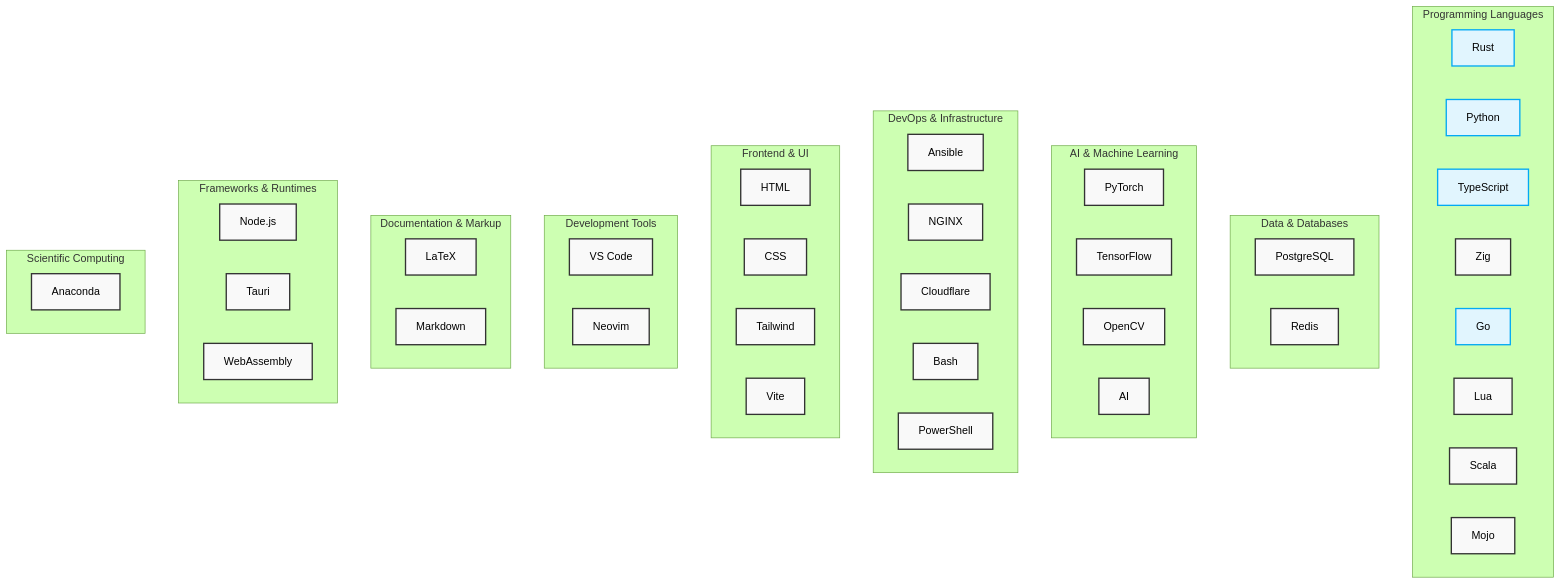
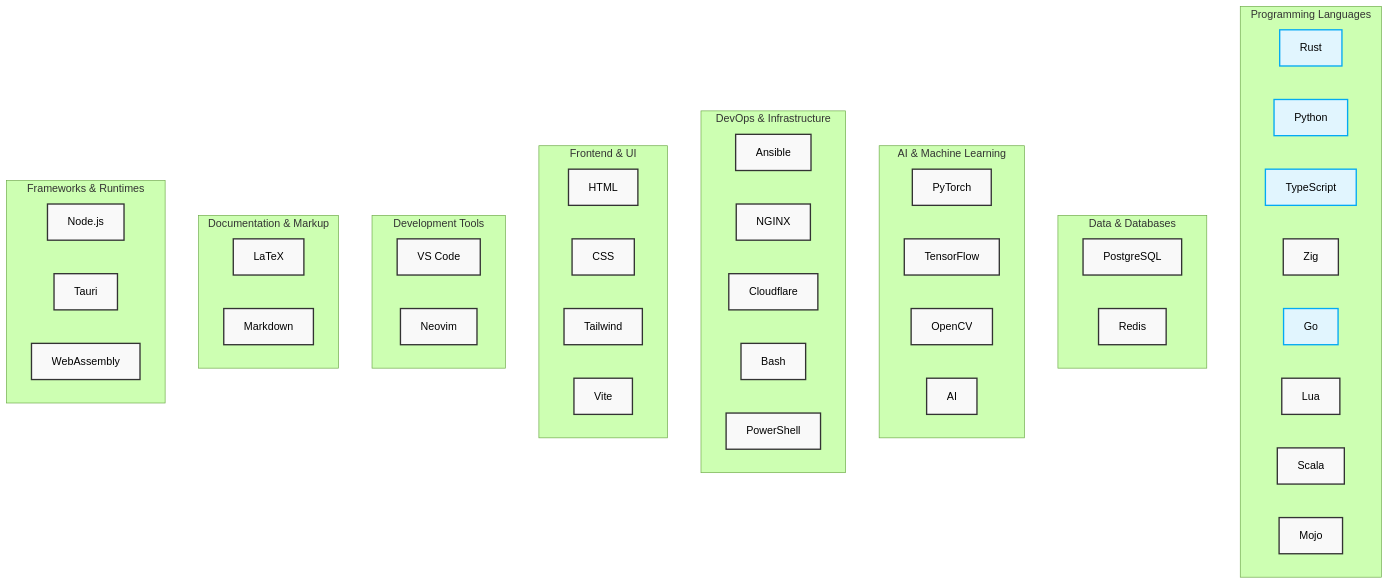
Before and after one commit to PhaedrusFlow/phaedrusflow: the diagram in README.md, drawn with Mermaid. The commit also changed other lines of this file and 16 other files, not shown here.

````diff
--- a/README.md
+++ b/README.md
@@ -62,65 +255,62 @@
 ```mermaid
 %%{init: {'theme': 'forest', 'themeVariables': { 'fontSize': '16px', 'fontFamily': 'arial' }, 'flowchart': {'htmlLabels': true, 'curve': 'cardinal'}, 'securityLevel': 'loose'}}%%
 graph TB
     subgraph "Programming Languages"
         Rust["Rust"]
         Python["Python"]
         TypeScript["TypeScript"]
         Zig["Zig"]
         Go["Go"]
         Lua["Lua"]
         Scala["Scala"]
         Mojo["Mojo"]
     end
     
     subgraph "Data & Databases"
         Postgres["PostgreSQL"]
         Redis["Redis"]
     end
     
     subgraph "AI & Machine Learning"
         PyTorch["PyTorch"]
         TensorFlow["TensorFlow"]
         OpenCV["OpenCV"]
         AI["AI"]
     end
     
     subgraph "DevOps & Infrastructure"
         Ansible["Ansible"]
         Nginx["NGINX"]
         Cloudflare["Cloudflare"]
         Bash["Bash"]
         PowerShell["PowerShell"]
     end
     
     subgraph "Frontend & UI"
         HTML["HTML"]
         CSS["CSS"]
         Tailwind["Tailwind"]
         Vite["Vite"]
     end
     
     subgraph "Development Tools"
         VSCode["VS Code"]
         Neovim["Neovim"]
     end
     
     subgraph "Documentation & Markup"
         LaTeX["LaTeX"]
         Markdown["Markdown"]
     end
     
     subgraph "Frameworks & Runtimes"
         NodeJS["Node.js"]
         Tauri["Tauri"]
         WASM["WebAssembly"]
     end
     
-    subgraph "Scientific Computing"
-        Anaconda["Anaconda"]
-    end
 
     classDef default fill:#f9f9f9,stroke:#333,stroke-width:2px;
     classDef highlight fill:#e1f5fe,stroke:#03a9f4,stroke-width:2px;
     class Rust,Python,TypeScript,Go highlight;
 ```
````
